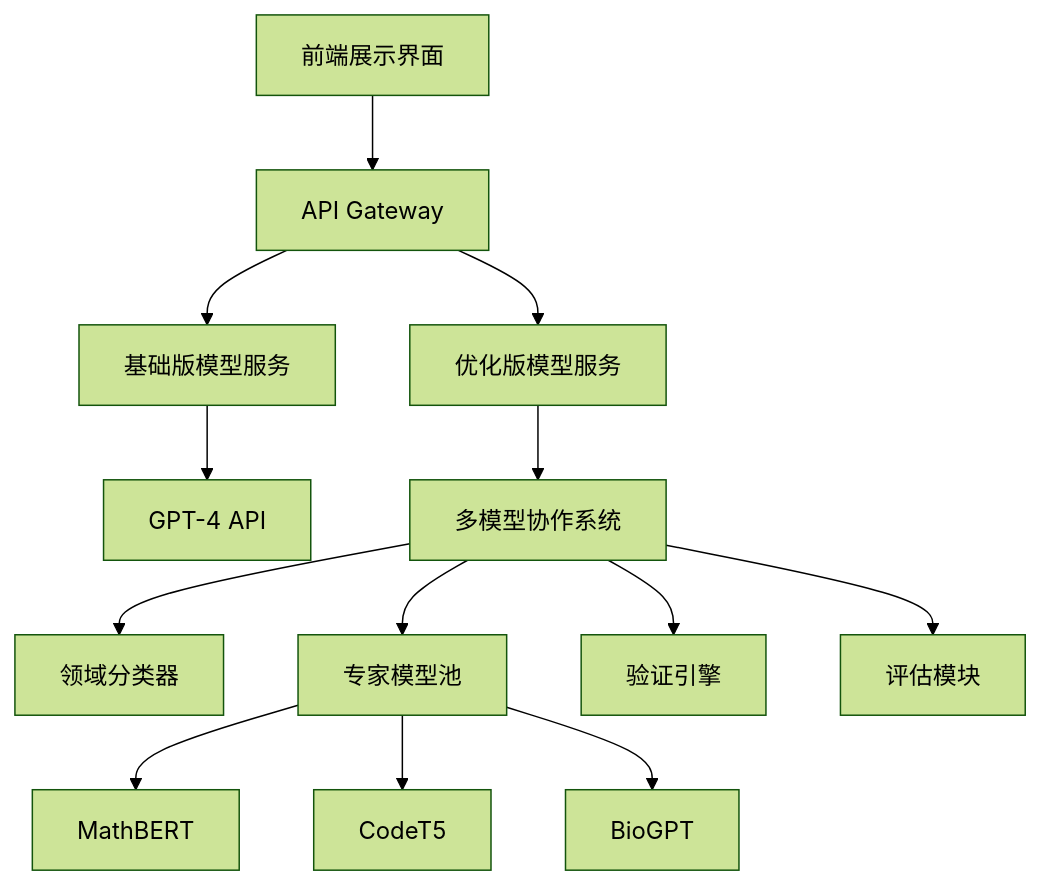
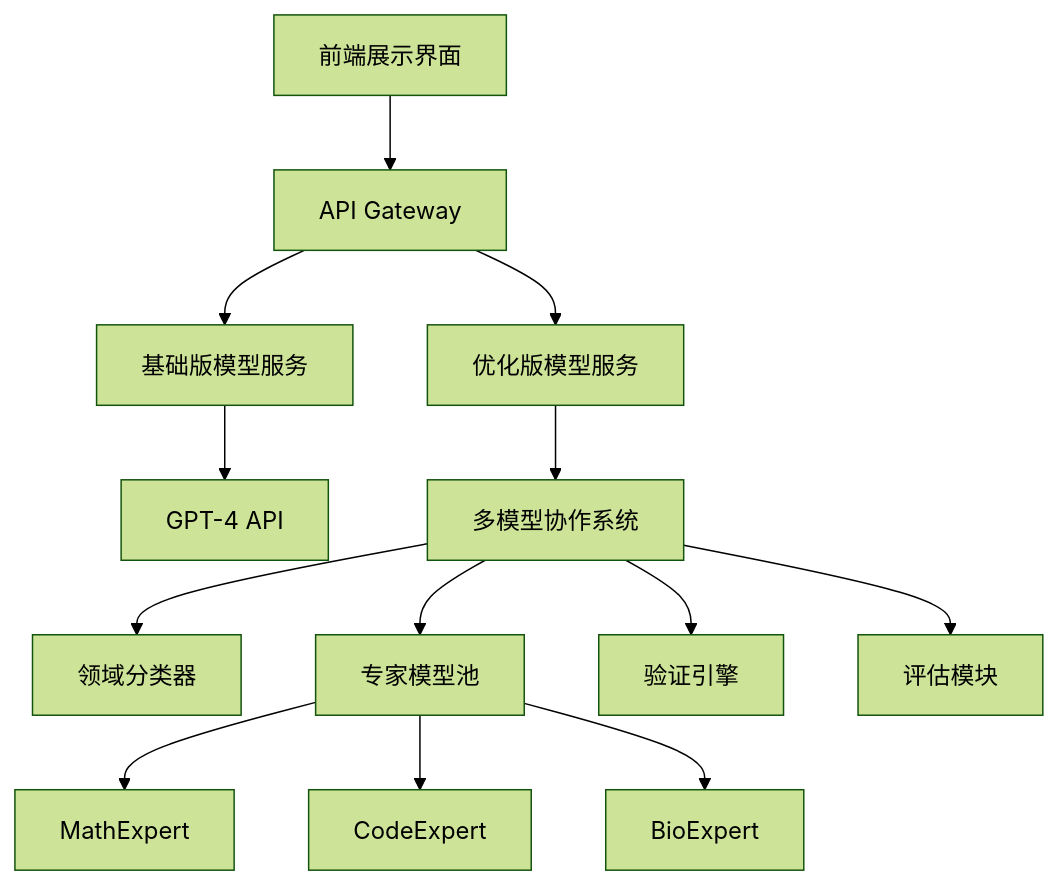
The diagram in Public_Course_Content/03_演示案例设计.md (sawyerbutton/DT-LLM-X-Course-Design), drawn with Mermaid (forest theme) before and after one commit. The commit also changed other lines of this file and 2 other files, not shown here.

````diff
--- a/Public_Course_Content/03_演示案例设计.md
+++ b/Public_Course_Content/03_演示案例设计.md
@@ -19,18 +19,18 @@
 ```mermaid
 graph TB
     A[前端展示界面] --> B[API Gateway]
     B --> C[基础版模型服务]
     B --> D[优化版模型服务]
     
     C --> E[GPT-4 API]
     D --> F[多模型协作系统]
     
     F --> G[领域分类器]
     F --> H[专家模型池]
     F --> I[验证引擎]
     F --> J[评估模块]
     
-    H --> K[MathBERT]
-    H --> L[CodeT5]
-    H --> M[BioGPT]
+    H --> K[MathExpert]
+    H --> L[CodeExpert]
+    H --> M[BioExpert]
 ```
````
